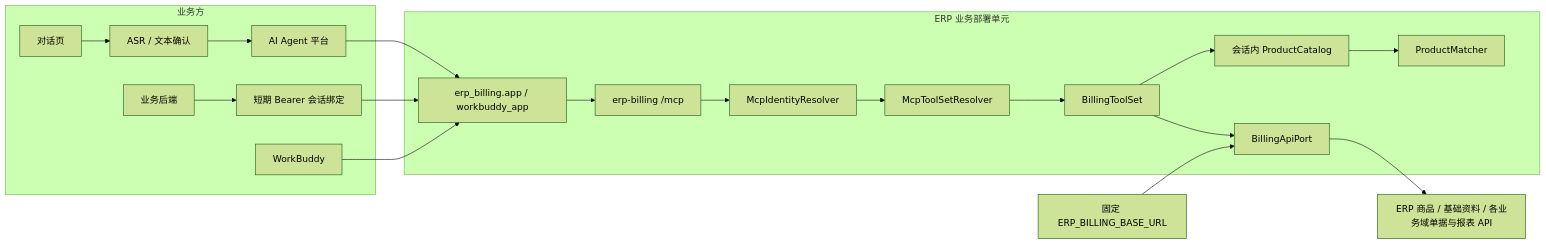
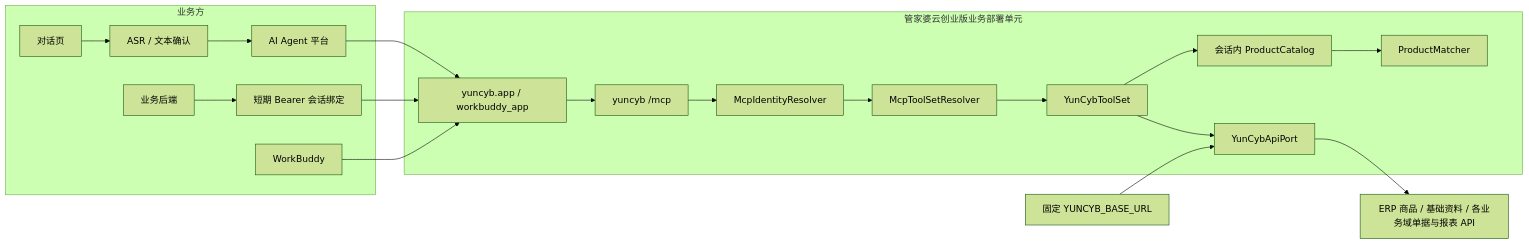
One commit to 757607106/gjp-cyb-mcp changed the first of 4 diagrams in docs/architecture/architecture-diagrams.md. Above: the diagram before and after it, drawn with Mermaid (forest theme). The commit also changed other lines of this file and 124 other files, not shown here.

Commit message:
统一云创业版 MCP 技术命名为 yuncyb

````diff
--- a/docs/architecture/architecture-diagrams.md
+++ b/docs/architecture/architecture-diagrams.md
@@ -7,32 +7,32 @@
 ```mermaid
 flowchart LR
     subgraph Business["业务方"]
         Page["对话页"]
         Media["ASR / 文本确认"]
         Backend["业务后端"]
         Agent["AI Agent 平台"]
         Page --> Media --> Agent
         Backend --> Binding["短期 Bearer 会话绑定"]
         WorkBuddy["WorkBuddy"]
     end
 
-    subgraph Billing["ERP 业务部署单元"]
-        App["erp_billing.app / workbuddy_app"]
-        MCP["erp-billing /mcp"]
+    subgraph YunCyb["管家婆云创业版业务部署单元"]
+        App["yuncyb.app / workbuddy_app"]
+        MCP["yuncyb /mcp"]
         Identity["McpIdentityResolver"]
         Resolver["McpToolSetResolver"]
-        Tools["BillingToolSet"]
+        Tools["YunCybToolSet"]
         Catalog["会话内 ProductCatalog"]
         Matcher["ProductMatcher"]
-        Port["BillingApiPort"]
+        Port["YunCybApiPort"]
     end
 
     Agent --> App
     Binding --> App
     WorkBuddy --> App
     App --> MCP
     MCP --> Identity --> Resolver --> Tools
     Tools --> Catalog --> Matcher
-    FixedUrl["固定 ERP_BILLING_BASE_URL"] --> Port
+    FixedUrl["固定 YUNCYB_BASE_URL"] --> Port
     Tools --> Port --> ERP["ERP 商品 / 基础资料 / 各业务域单据与报表 API"]
 ```
````
